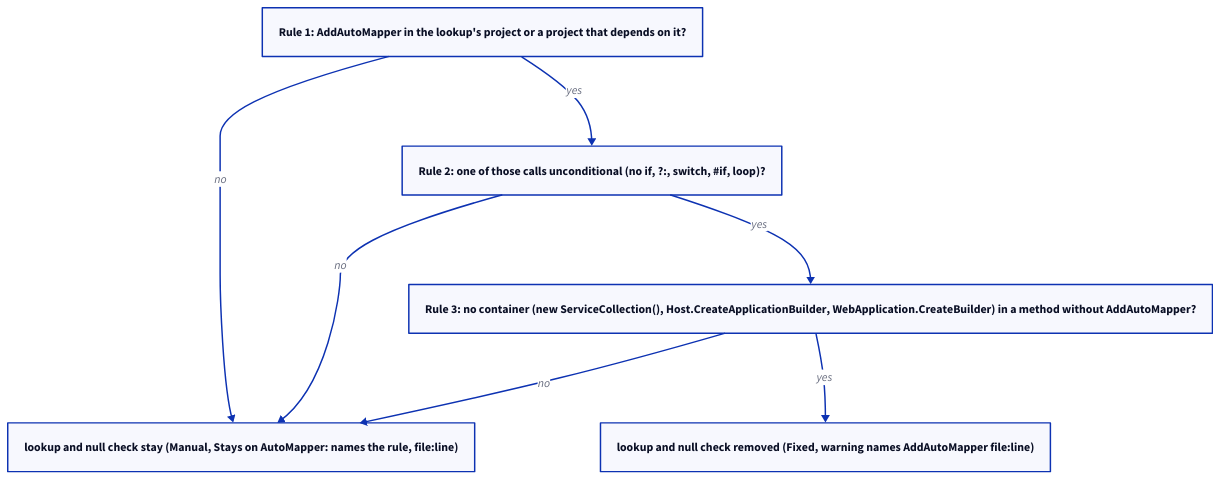
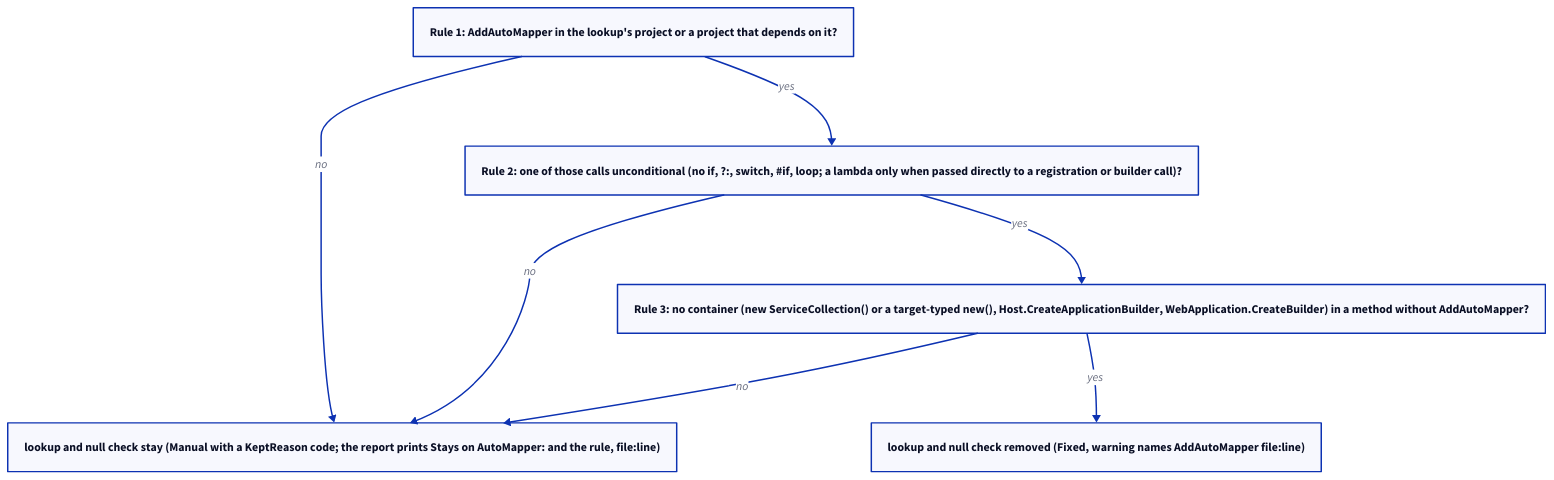
The diagram in docs/projectinfo/patterns/img/automapper-unused-imapper-modellen-4.d2 (ATkingma/unshackle), drawn with D2 before and after one commit. The commit also changed 9 other files, not shown here.

```diff
--- a/docs/projectinfo/patterns/img/automapper-unused-imapper-modellen-4.d2
+++ b/docs/projectinfo/patterns/img/automapper-unused-imapper-modellen-4.d2
@@ -1,11 +1,11 @@
 r1: "Rule 1: AddAutoMapper in the lookup's project or a project that depends on it?"
-r2: "Rule 2: one of those calls unconditional (no if, ?:, switch, #if, loop)?"
-r3: "Rule 3: no container (new ServiceCollection(), Host.CreateApplicationBuilder, WebApplication.CreateBuilder) in a method without AddAutoMapper?"
-kept: "lookup and null check stay (Manual, Stays on AutoMapper: names the rule, file:line)"
+r2: "Rule 2: one of those calls unconditional (no if, ?:, switch, #if, loop; a lambda only when passed directly to a registration or builder call)?"
+r3: "Rule 3: no container (new ServiceCollection() or a target-typed new(), Host.CreateApplicationBuilder, WebApplication.CreateBuilder) in a method without AddAutoMapper?"
+kept: "lookup and null check stay (Manual with a KeptReason code; the report prints Stays on AutoMapper: and the rule, file:line)"
 go: "lookup and null check removed (Fixed, warning names AddAutoMapper file:line)"
 r1 -> kept: no
 r1 -> r2: yes
 r2 -> kept: no
 r2 -> r3: yes
 r3 -> kept: no
 r3 -> go: yes
```
